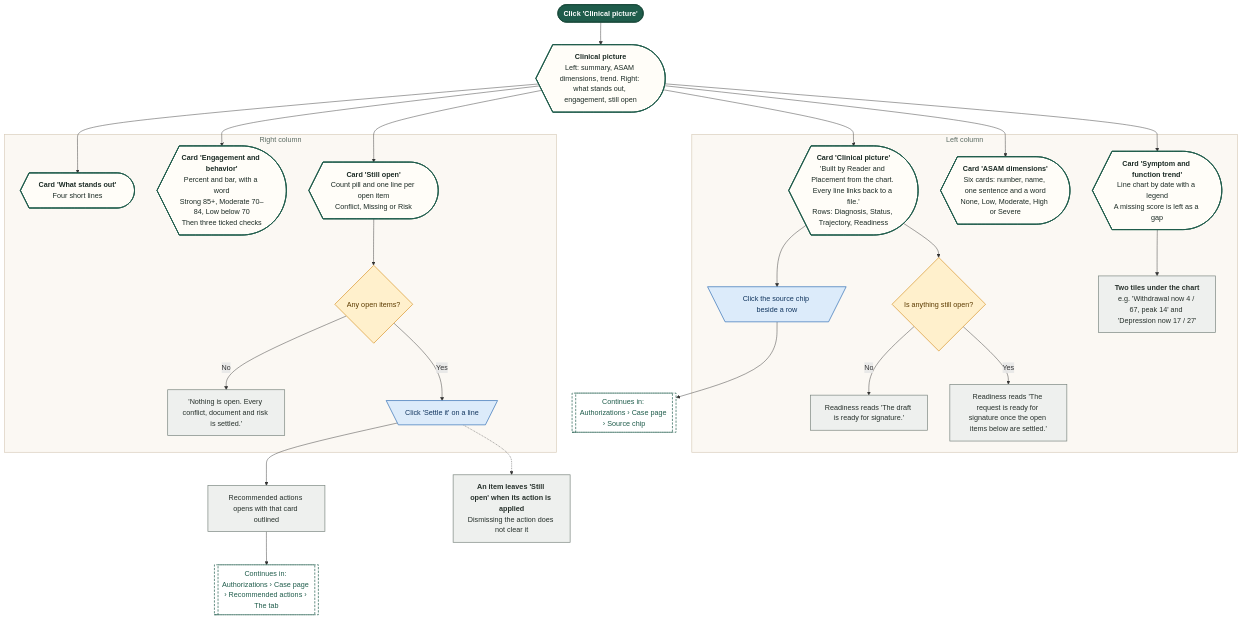
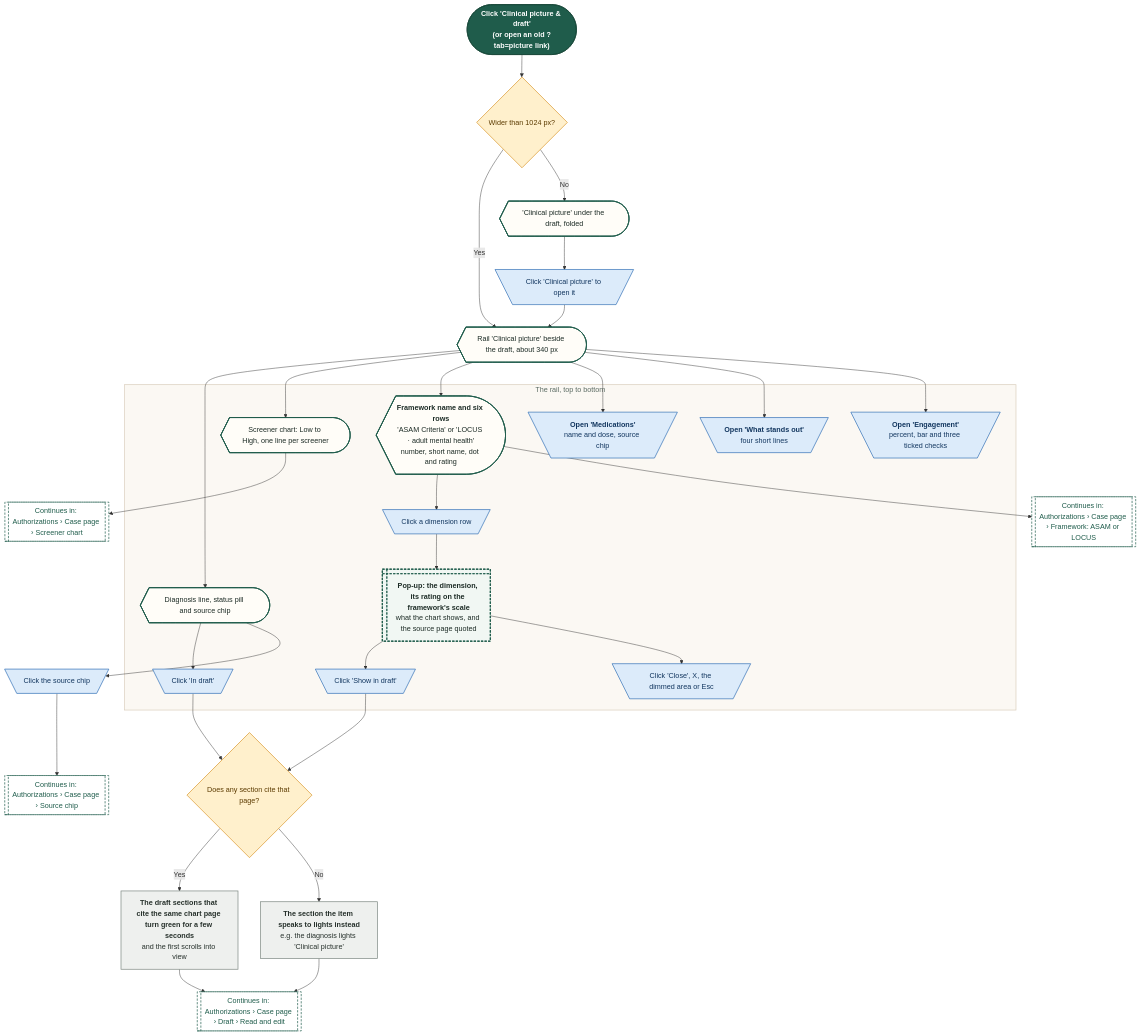
Before and after one commit to Shrav143/psyfloapp: diagram 24 of 34 in demos/prior-auth-demo/workflows/out/md/03-authorizations.md, drawn with Mermaid. The commit also changed other lines of this file and 202 other files, not shown here.

First line of the commit message:
docs: round 6 README, CONVENTIONS, spec section 17, diagram module blurbs and 336 rebuilt diagrams

````diff
--- a/demos/prior-auth-demo/workflows/out/md/03-authorizations.md
+++ b/demos/prior-auth-demo/workflows/out/md/03-authorizations.md
@@ -1934,65 +1923,70 @@
 ```mermaid
 %%{init: {"theme":"base","themeVariables":{"fontFamily":"'DM Sans', 'Segoe UI', system-ui, sans-serif","fontSize":"15px","lineColor":"#5B6B63","primaryTextColor":"#1C2B25","clusterBkg":"#FBF8F3","clusterBorder":"#D9CDBB","edgeLabelBackground":"#FFFFFF"},"flowchart":{"curve":"basis","nodeSpacing":36,"rankSpacing":48,"padding":12,"htmlLabels":true,"useMaxWidth":false,"wrappingWidth":230}} }%%
 flowchart TD
   classDef k_start fill:#1F5C4B,stroke:#174638,color:#FFFFFF,stroke-width:1.5px,font-weight:600
   classDef k_end fill:#DDEFE3,stroke:#2E7D4F,color:#14502F,stroke-width:1.5px,font-weight:600
   classDef k_endx fill:#FBE3E0,stroke:#C0392B,color:#7A1F16,stroke-width:1.5px,font-weight:600
   classDef k_screen fill:#FFFDF8,stroke:#1F5C4B,color:#1C2B25,stroke-width:2px
   classDef k_overlay fill:#F1F7F3,stroke:#1F5C4B,color:#1C2B25,stroke-width:2px,stroke-dasharray:5 3
   classDef k_click fill:#DCEBFA,stroke:#2F6DB5,color:#12365F,stroke-width:1.5px
   classDef k_input fill:#E4E7FF,stroke:#4C5FD5,color:#1D2670,stroke-width:1.5px
   classDef k_process fill:#EEF0EE,stroke:#7A857F,color:#26302B,stroke-width:1.5px
   classDef k_agent fill:#EEE5FA,stroke:#7A4FC2,color:#341A63,stroke-width:1.5px
   classDef k_decision fill:#FFF0CC,stroke:#D9962B,color:#5C3B00,stroke-width:1.5px
   classDef k_store fill:#D5F0EA,stroke:#1C8E7B,color:#0B4A3F,stroke-width:1.5px
   classDef k_doc fill:#F6E9DC,stroke:#B07A4C,color:#4A2E14,stroke-width:1.5px
   classDef k_ext fill:#FFE6D2,stroke:#E07B39,color:#6B2F06,stroke-width:1.5px
   classDef k_wait fill:#E4E8EE,stroke:#6B7C93,color:#26303D,stroke-width:1.5px
   classDef k_toast fill:#FFF9DB,stroke:#C9A400,color:#5A4A00,stroke-width:1.5px
   classDef k_goto fill:#FFFFFF,stroke:#1F5C4B,color:#1F5C4B,stroke-width:1.5px,stroke-dasharray:5 3
-  s1@{ shape: stadium, label: "Click 'Clinical picture'" }
-  pt@{ shape: curv-trap, label: "<b>Clinical picture</b><br/>Left: summary, ASAM dimensions, trend. Right: what stands out, engagement, still open" }
-  subgraph gL ["Left column"]
-  sm@{ shape: curv-trap, label: "<b>Card 'Clinical picture'</b><br/>'Built by Reader and Placement from the chart. Every line links back to a file.'<br/>Rows: Diagnosis, Status, Trajectory, Readiness" }
-  ch@{ shape: trap-t, label: "Click the source chip beside a row" }
-  dRd@{ shape: diam, label: "Is anything still open?" }
-  r1@{ shape: rect, label: "Readiness reads 'The draft is ready for signature.'" }
-  r2@{ shape: rect, label: "Readiness reads 'The request is ready for signature once the open items below are settled.'" }
-  as@{ shape: curv-trap, label: "<b>Card 'ASAM dimensions'</b><br/>Six cards: number, name, one sentence and a word<br/>None, Low, Moderate, High or Severe" }
-  tr@{ shape: curv-trap, label: "<b>Card 'Symptom and function trend'</b><br/>Line chart by date with a legend<br/>A missing score is left as a gap" }
-  ks@{ shape: rect, label: "<b>Two tiles under the chart</b><br/>e.g. 'Withdrawal now 4 / 67, peak 14' and 'Depression now 17 / 27'" }
+  s1@{ shape: stadium, label: "<b>Click 'Clinical picture & draft'</b><br/>(or open an old ?tab=picture link)" }
+  dW@{ shape: diam, label: "Wider than 1024 px?" }
+  rl@{ shape: curv-trap, label: "Rail 'Clinical picture' beside the draft, about 340 px" }
+  rf@{ shape: curv-trap, label: "'Clinical picture' under the draft, folded" }
+  of@{ shape: trap-t, label: "Click 'Clinical picture' to open it" }
+  subgraph gR ["The rail, top to bottom"]
+  dx@{ shape: curv-trap, label: "Diagnosis line, status pill and source chip" }
+  ind@{ shape: trap-t, label: "Click 'In draft'" }
+  sc@{ shape: curv-trap, label: "Screener chart: Low to High, one line per screener" }
+  fw@{ shape: curv-trap, label: "<b>Framework name and six rows</b><br/>'ASAM Criteria' or 'LOCUS · adult mental health'<br/>number, short name, dot and rating" }
+  row@{ shape: trap-t, label: "Click a dimension row" }
+  pop@{ shape: win-pane, label: "<b>Pop-up: the dimension, its rating on the framework's scale</b><br/>what the chart shows, and the source page quoted" }
+  sid@{ shape: trap-t, label: "Click 'Show in draft'" }
+  cl@{ shape: trap-t, label: "Click 'Close', X, the dimmed area or Esc" }
+  me@{ shape: trap-t, label: "<b>Open 'Medications'</b><br/>name and dose, source chip" }
+  so@{ shape: trap-t, label: "<b>Open 'What stands out'</b><br/>four short lines" }
+  en@{ shape: trap-t, label: "<b>Open 'Engagement'</b><br/>percent, bar and three ticked checks" }
   end
-  subgraph gR ["Right column"]
-  so@{ shape: curv-trap, label: "<b>Card 'What stands out'</b><br/>Four short lines" }
-  en@{ shape: curv-trap, label: "<b>Card 'Engagement and behavior'</b><br/>Percent and bar, with a word<br/>Strong 85+, Moderate 70–84, Low below 70<br/>Then three ticked checks" }
-  op@{ shape: curv-trap, label: "<b>Card 'Still open'</b><br/>Count pill and one line per open item<br/>Conflict, Missing or Risk" }
-  dOp@{ shape: diam, label: "Any open items?" }
-  no@{ shape: rect, label: "'Nothing is open. Every conflict, document and risk is settled.'" }
-  se@{ shape: trap-t, label: "Click 'Settle it' on a line" }
-  end
-  dl@{ shape: rect, label: "Recommended actions opens with that card outlined" }
-  ap@{ shape: rect, label: "<b>An item leaves 'Still open' when its action is applied</b><br/>Dismissing the action does not clear it" }
+  lt@{ shape: rect, label: "<b>The draft sections that cite the same chart page turn green for a few seconds</b><br/>and the first scrolls into view" }
+  dCt@{ shape: diam, label: "Does any section cite that page?" }
+  fb@{ shape: rect, label: "<b>The section the item speaks to lights instead</b><br/>e.g. the diagnosis lights 'Clinical picture'" }
+  ch@{ shape: trap-t, label: "Click the source chip" }
   g1@{ shape: subproc, label: "Continues in: Authorizations › Case page › Source chip" }
-  g2@{ shape: subproc, label: "Continues in: Authorizations › Case page › Recommended actions › The tab" }
-  s1 --> pt
-  pt --> sm --> dRd
-  dRd -->|"Yes"| r2
-  dRd -->|"No"| r1
-  sm --> ch --> g1
-  pt --> as
-  pt --> tr --> ks
-  pt --> so
-  pt --> en
-  pt --> op --> dOp
-  dOp -->|"Yes"| se --> dl --> g2
-  dOp -->|"No"| no
-  se -.-> ap
+  g2@{ shape: subproc, label: "Continues in: Authorizations › Case page › Screener chart" }
+  g3@{ shape: subproc, label: "Continues in: Authorizations › Case page › Framework: ASAM or LOCUS" }
+  g4@{ shape: subproc, label: "Continues in: Authorizations › Case page › Draft › Read and edit" }
+  s1 --> dW
+  dW -->|"Yes"| rl
+  dW -->|"No"| rf --> of --> rl
+  rl --> dx & sc & fw
+  dx --> ind --> dCt
+  dx --> ch --> g1
+  sc --> g2
+  fw --> row --> pop
+  pop --> sid --> dCt
+  pop --> cl
+  fw --> g3
+  rl --> me & so & en
+  dCt -->|"Yes"| lt
+  dCt -->|"No"| fb
+  lt --> g4
+  fb --> g4
   class s1 k_start
-  class pt,sm,as,tr,so,en,op k_screen
-  class ch,se k_click
-  class dRd,dOp k_decision
-  class r1,r2,ks,no,dl,ap k_process
-  class g1,g2 k_goto
-  style gL fill:#FBF8F3,stroke:#D9CDBB,stroke-width:1.5px,color:#5B6B63
+  class dW,dCt k_decision
+  class rl,rf,dx,sc,fw k_screen
+  class of,ind,row,sid,cl,me,so,en,ch k_click
+  class pop k_overlay
+  class lt,fb k_process
+  class g1,g2,g3,g4 k_goto
   style gR fill:#FBF8F3,stroke:#D9CDBB,stroke-width:1.5px,color:#5B6B63
 ```
````
